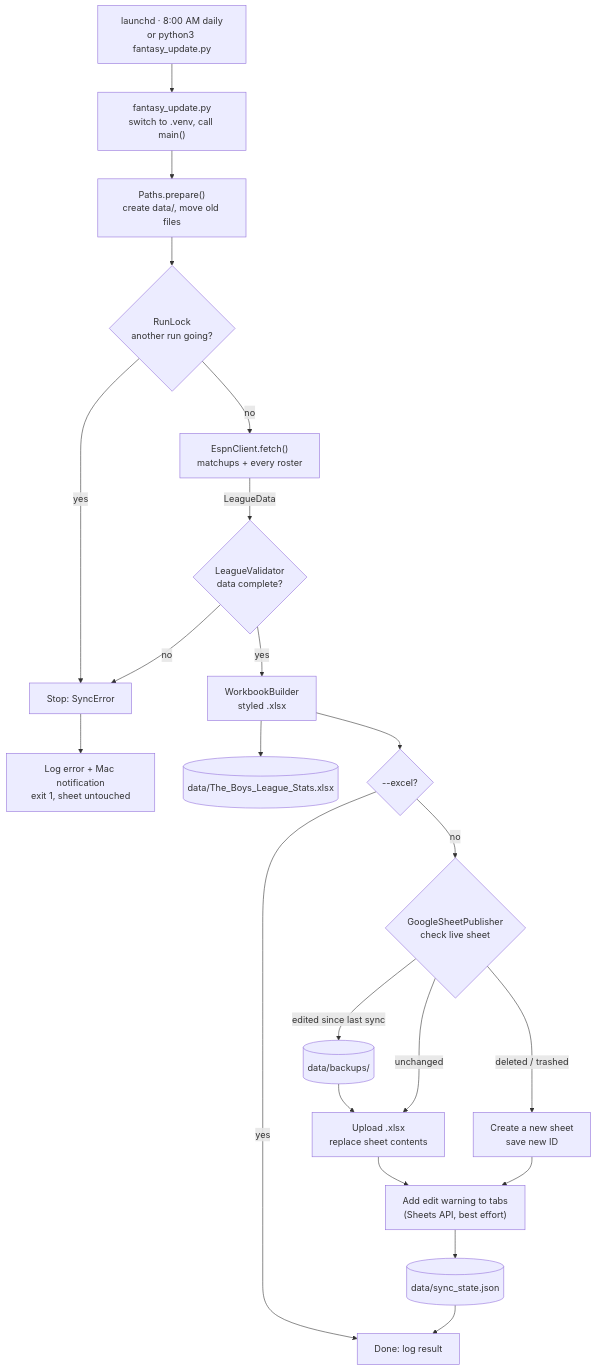
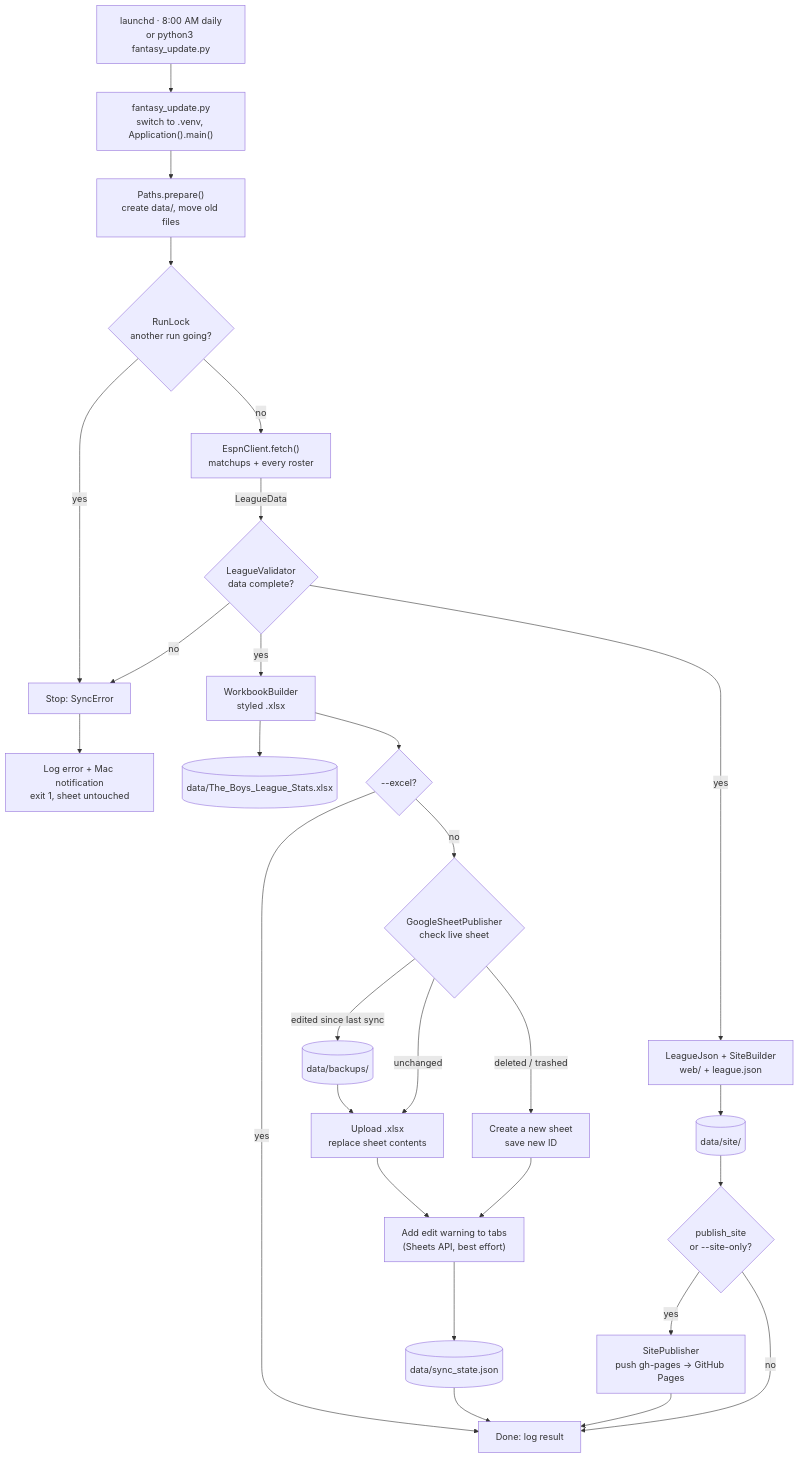
One commit to renkecui/FantasyReport changed the diagram in docs/ARCHITECTURE.md. Above: the diagram before and after it, drawn with Mermaid. The commit also changed other lines of this file and 85 other files, not shown here.

````diff
--- a/docs/ARCHITECTURE.md
+++ b/docs/ARCHITECTURE.md
@@ -3,24 +3,30 @@
 ```mermaid
 flowchart TD
-    S["launchd · 8:00 AM daily<br/>or python3 fantasy_update.py"] --> E["fantasy_update.py<br/>switch to .venv, call main()"]
+    S["launchd · 8:00 AM daily<br/>or python3 fantasy_update.py"] --> E["fantasy_update.py<br/>switch to .venv, Application().main()"]
     E --> P["Paths.prepare()<br/>create data/, move old files"]
     P --> K{"RunLock<br/>another run going?"}
     K -- yes --> X["Stop: SyncError"]
     K -- no --> C["EspnClient.fetch()<br/>matchups + every roster"]
     C -- "LeagueData" --> V{"LeagueValidator<br/>data complete?"}
     V -- no --> X
     V -- yes --> W["WorkbookBuilder<br/>styled .xlsx"]
     W --> L[("data/The_Boys_League_Stats.xlsx")]
+    V -- yes --> SE["LeagueJson + SiteBuilder<br/>web/ + league.json"]
+    SE --> SD[("data/site/")]
+    SD --> SP{"publish_site<br/>or --site-only?"}
+    SP -- yes --> GP["SitePublisher<br/>push gh-pages → GitHub Pages"]
+    SP -- no --> D
+    GP --> D
     W --> G{"--excel?"}
     G -- yes --> D["Done: log result"]
     G -- no --> CK{"GoogleSheetPublisher<br/>check live sheet"}
     CK -- "edited since last sync" --> B[("data/backups/")]
     B --> U
     CK -- "unchanged" --> U["Upload .xlsx<br/>replace sheet contents"]
     CK -- "deleted / trashed" --> N["Create a new sheet<br/>save new ID"]
     N --> PR
     U --> PR["Add edit warning to tabs<br/>(Sheets API, best effort)"]
     PR --> ST[("data/sync_state.json")]
     ST --> D
     X --> M["Log error + Mac notification<br/>exit 1, sheet untouched"]
 ```
````
